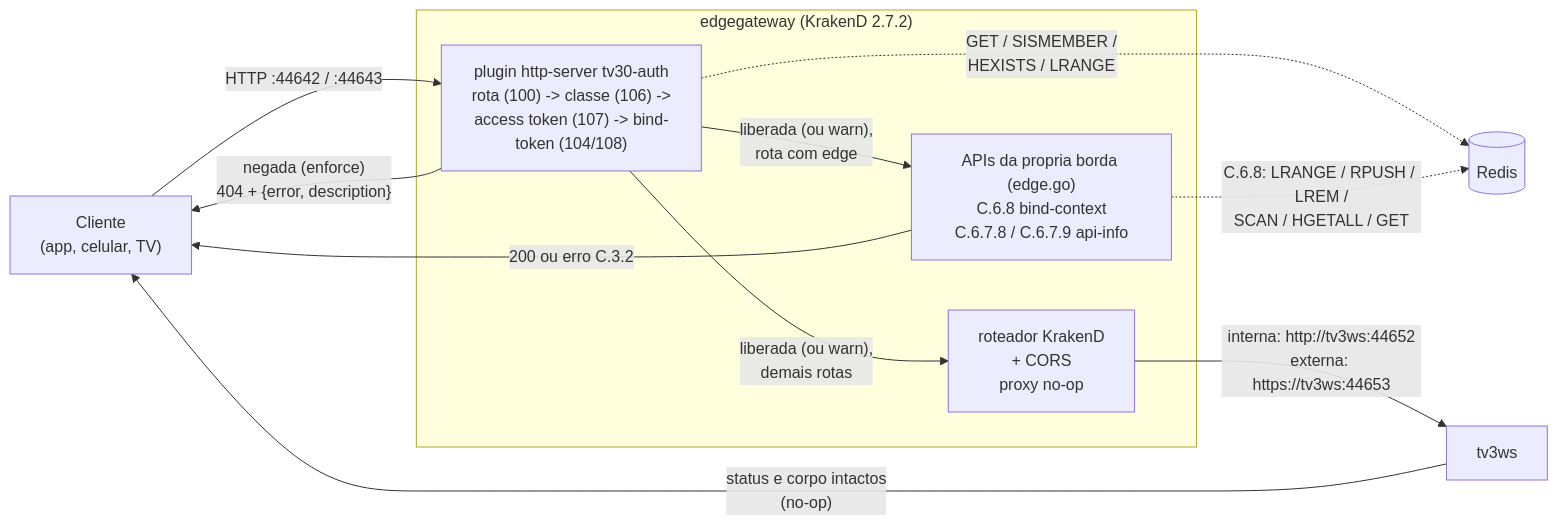
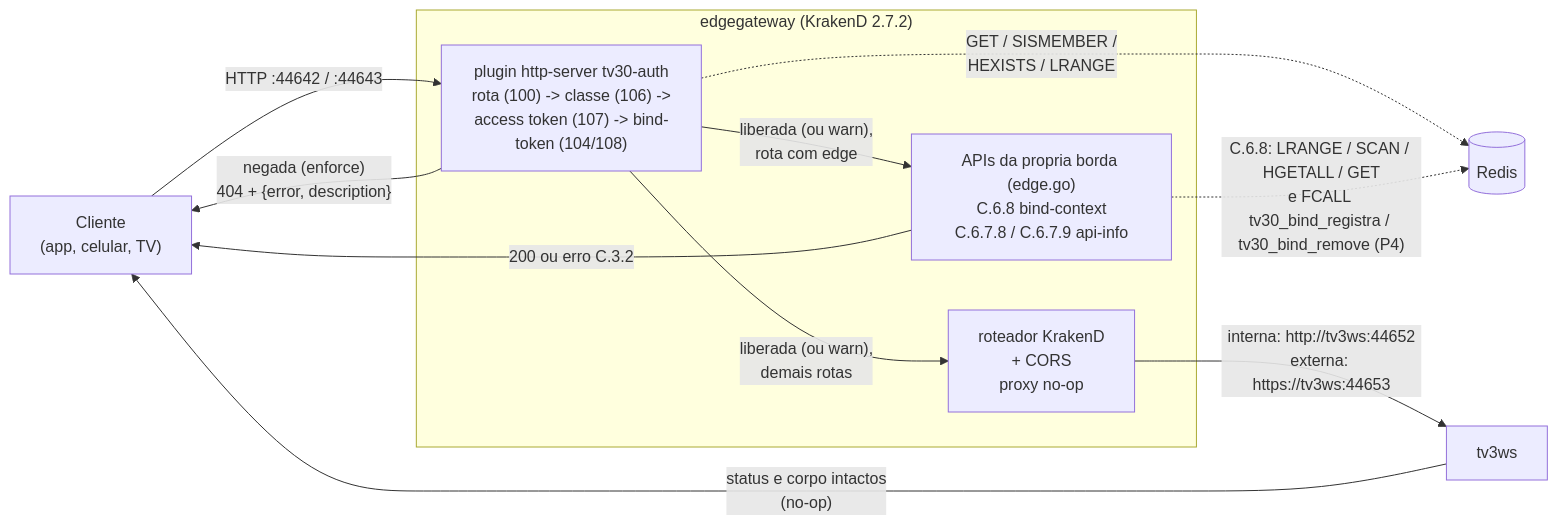
Before and after one commit to multisens/Infra: the first of 2 diagrams in docs/04-pipeline-http.md, drawn with Mermaid. The commit also changed 28 other files, not shown here.

````diff
--- a/docs/04-pipeline-http.md
+++ b/docs/04-pipeline-http.md
@@ -22,19 +22,19 @@
 ```mermaid
 flowchart LR
     C["Cliente<br/>(app, celular, TV)"] -->|"HTTP :44642 / :44643"| P
 
     subgraph EDGE["edgegateway (KrakenD 2.7.2)"]
         P["plugin http-server tv30-auth<br/>rota (100) -> classe (106) -><br/>access token (107) -> bind-token (104/108)"]
         A["APIs da propria borda (edge.go)<br/>C.6.8 bind-context<br/>C.6.7.8 / C.6.7.9 api-info"]
         G["roteador KrakenD<br/>+ CORS<br/>proxy no-op"]
         P -->|"liberada (ou warn),<br/>rota com edge"| A
         P -->|"liberada (ou warn),<br/>demais rotas"| G
     end
 
     P -.->|"GET / SISMEMBER /<br/>HEXISTS / LRANGE"| R[("Redis")]
-    A -.->|"C.6.8: LRANGE / RPUSH / LREM /<br/>SCAN / HGETALL / GET"| R
+    A -.->|"C.6.8: LRANGE / SCAN / HGETALL / GET<br/>e FCALL tv30_bind_registra / tv30_bind_remove (P4)"| R
     A -->|"200 ou erro C.3.2"| C
     P -->|"negada (enforce)<br/>404 + {error, description}"| C
     G -->|"interna: http://tv3ws:44652<br/>externa: https://tv3ws:44653"| T["tv3ws"]
     T -->|"status e corpo intactos<br/>(no-op)"| C
 ```
````
